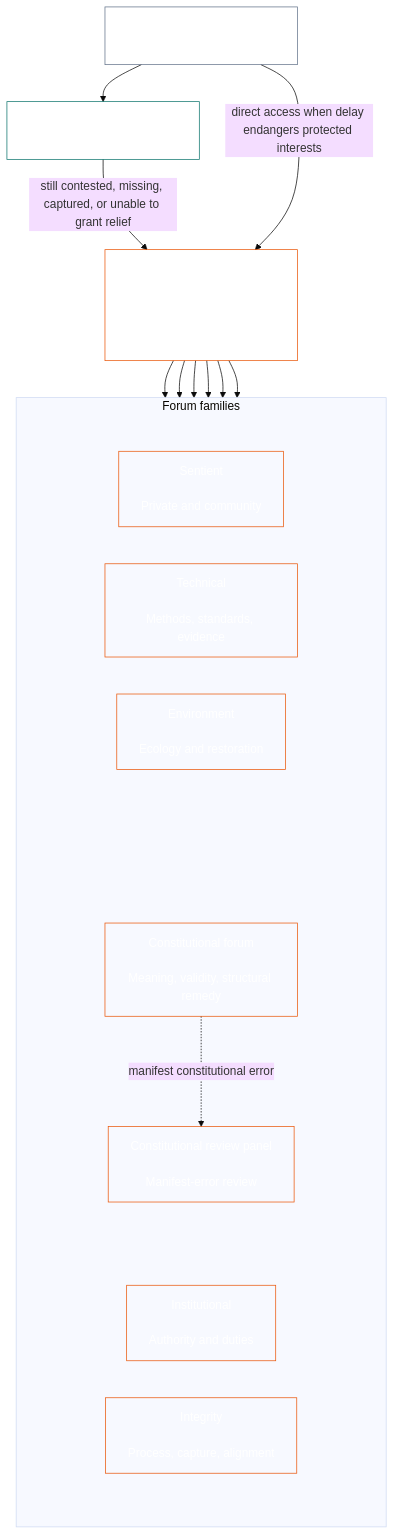
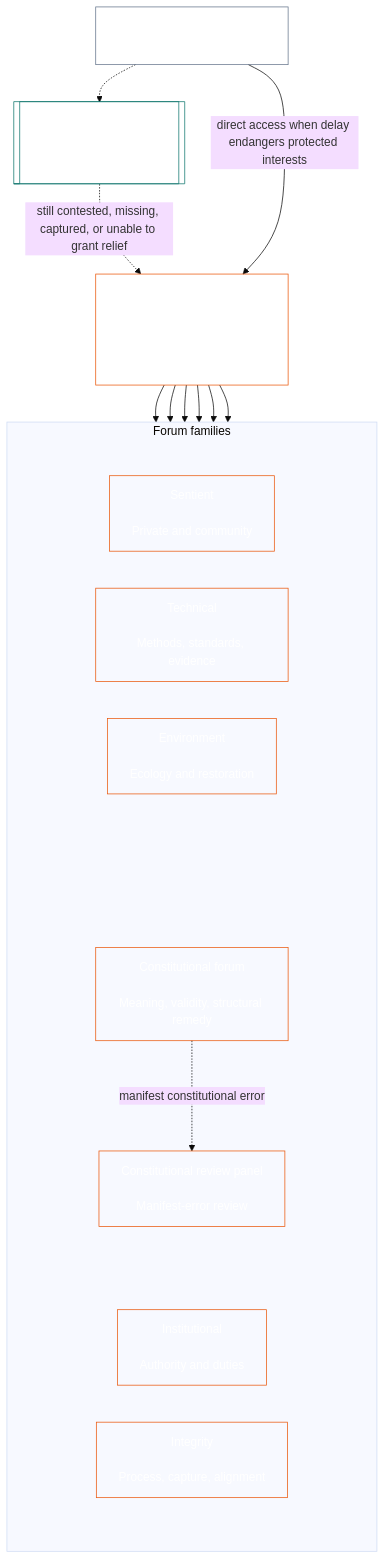
Diagram 19 of 24 in guides/CONCEPTUAL_OVERVIEW.md (kfoelsch/Sentient_Constitution), drawn with Mermaid (base theme) before and after one commit. The commit also changed other lines of this file and 62 other files, not shown here.

````diff
--- a/guides/CONCEPTUAL_OVERVIEW.md
+++ b/guides/CONCEPTUAL_OVERVIEW.md
@@ -882,52 +882,52 @@
 ```mermaid
 flowchart TB
     D["Ordinary dispute inside an authorized system"]
-    P["Published stakeholder challenge path"]
+    P[["Published stakeholder challenge path<br/><br/>Outside this chapter"]]
     R["Chapter Twelve: route by primary stake<br/><br/>Family intake sorts; merits panels decide"]
     subgraph F["Forum families"]
         direction TB
         subgraph Frow1[" "]
             direction LR
             S["Sentient<br/><br/>Private and community"]
             T["Technical<br/><br/>Methods, standards, evidence"]
             E["Environment<br/><br/>Ecology and restoration"]
         end
         subgraph Frow2[" "]
             direction LR
             I["Institutional<br/><br/>Authority and duties"]
             G["Integrity<br/><br/>Process, capture, alignment"]
             subgraph ConstitutionalPath[" "]
                 direction TB
                 C["Constitutional forum<br/><br/>Meaning, validity, structural remedy"]
                 CR["Constitutional review panel<br/><br/>Manifest-error review"]
             end
         end
     end
-    D --> P
-    P -->|still contested, missing, captured, or unable to grant relief| R
+    D -.-> P
+    P -.->|still contested, missing, captured, or unable to grant relief| R
     D -->|direct access when delay endangers protected interests| R
     R --> S
     R --> T
     R --> I
     R --> E
     R --> G
     R --> C
     C -.->|manifest constitutional error| CR
     Frow1 ~~~ Frow2
     S ~~~ I
     T ~~~ G
     E ~~~ C
     style Frow1 fill:none,stroke:none
     style Frow2 fill:none,stroke:none
     style ConstitutionalPath fill:none,stroke:none
     style D fill:none,stroke:#64748b,color:#ffffff
     style P fill:none,stroke:#0f766e,color:#ffffff
     style R fill:none,stroke:#ea580c,color:#ffffff
     style S fill:none,stroke:#ea580c,color:#ffffff
     style T fill:none,stroke:#ea580c,color:#ffffff
     style E fill:none,stroke:#ea580c,color:#ffffff
     style I fill:none,stroke:#ea580c,color:#ffffff
     style G fill:none,stroke:#ea580c,color:#ffffff
     style C fill:none,stroke:#ea580c,color:#ffffff
     style CR fill:none,stroke:#ea580c,color:#ffffff
 ```
````
